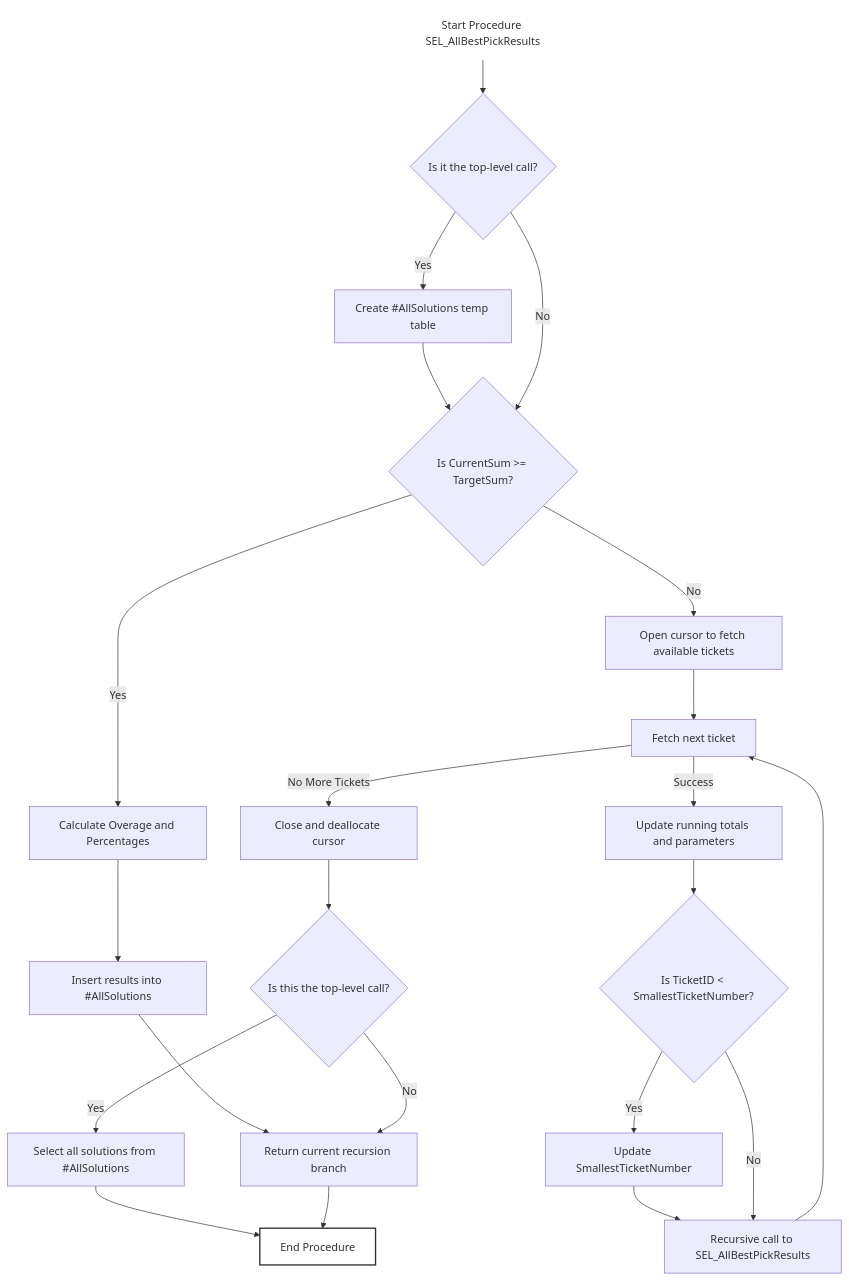
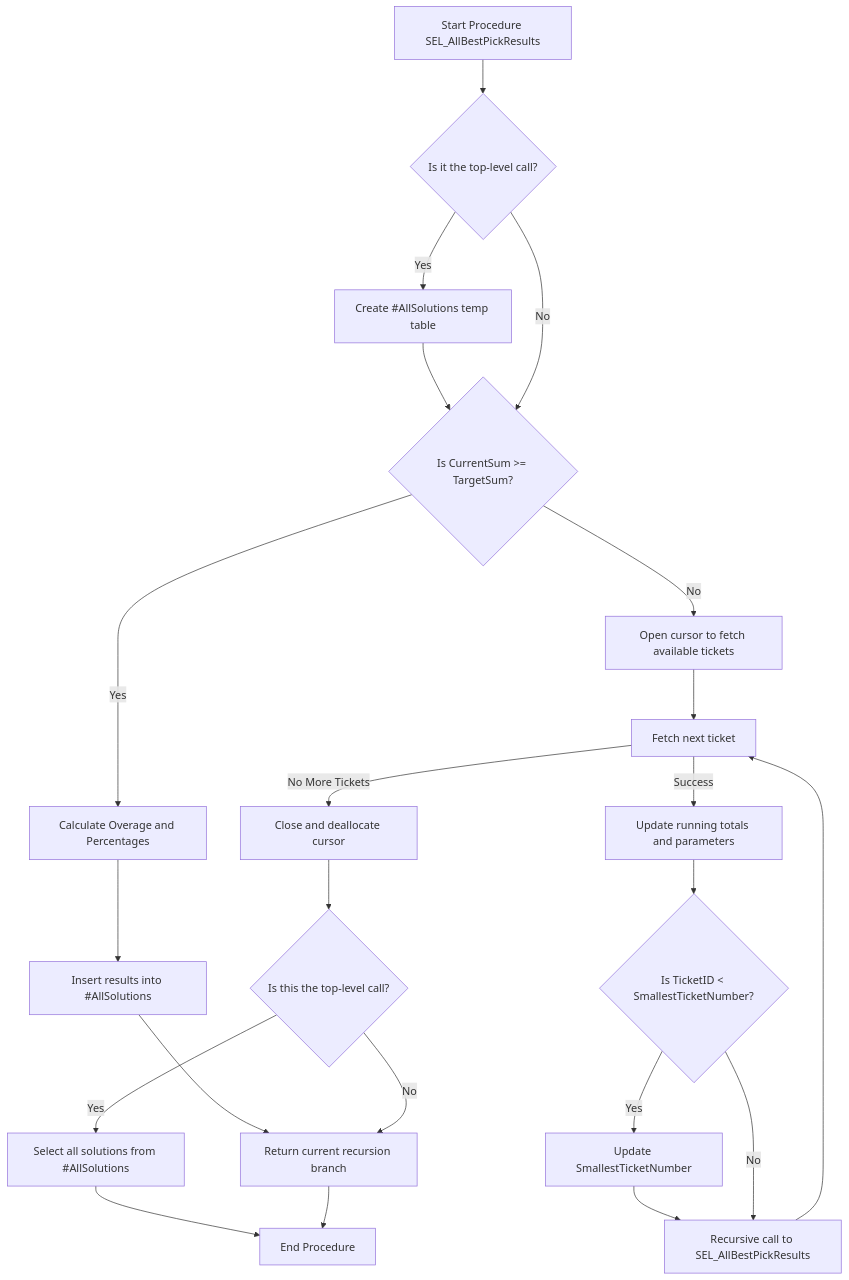
Before and after one commit to mellron/corptreasury: the diagram in README.md, drawn with Mermaid.

````diff
--- a/README.md
+++ b/README.md
@@ -28,28 +28,26 @@
 ```mermaid
 flowchart TD
     Start["Start Procedure SEL_AllBestPickResults"] --> CheckTopLevel{"Is it the top-level call?"}
     CheckTopLevel -- Yes --> CreateTempTable["Create #AllSolutions temp table"]
     CreateTempTable --> CheckBaseCase{"Is CurrentSum >= TargetSum?"}
     CheckTopLevel -- No --> CheckBaseCase
     CheckBaseCase -- Yes --> CalculateMetrics["Calculate Overage and Percentages"]
     CalculateMetrics --> InsertSolution["Insert results into #AllSolutions"]
     InsertSolution --> ReturnBranch["Return current recursion branch"]
     CheckBaseCase -- No --> OpenCursor["Open cursor to fetch available tickets"]
     OpenCursor --> FetchNextTicket["Fetch next ticket"]
     FetchNextTicket -- Success --> UpdateVariables["Update running totals and parameters"]
     UpdateVariables --> CheckSmallestTicket{"Is TicketID &lt; SmallestTicketNumber?"}
     CheckSmallestTicket -- Yes --> UpdateSmallest["Update SmallestTicketNumber"]
     UpdateSmallest --> RecursiveCall["Recursive call to SEL_AllBestPickResults"]
     CheckSmallestTicket -- No --> RecursiveCall
     RecursiveCall --> FetchNextTicket
     FetchNextTicket -- No More Tickets --> CloseCursor["Close and deallocate cursor"]
     CloseCursor --> CheckTopLevelEnd{"Is this the top-level call?"}
     CheckTopLevelEnd -- Yes --> SelectSolutions["Select all solutions from #AllSolutions"]
     SelectSolutions --> End["End Procedure"]
     CheckTopLevelEnd -- No --> ReturnBranch
     ReturnBranch --> End
 
-    style Start fill:#FFFFFF,stroke:#FFFFFF,stroke-width:2px
 
-    style End fill:#FFFFFF,stroke:#333,stroke-width:2px
 ```
````
